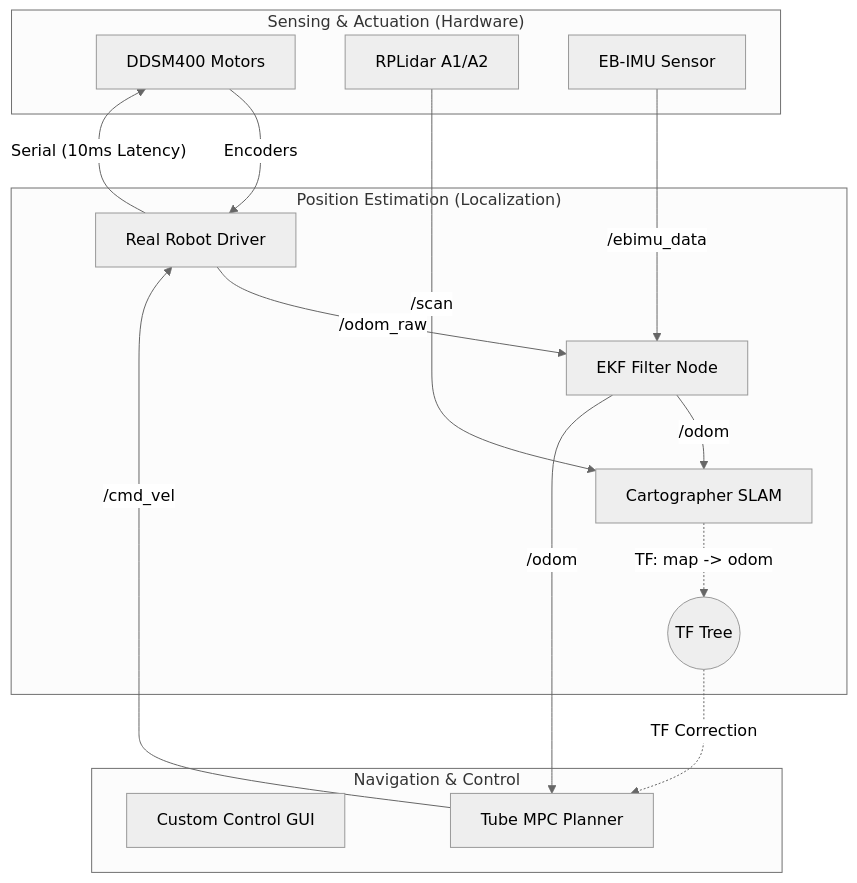
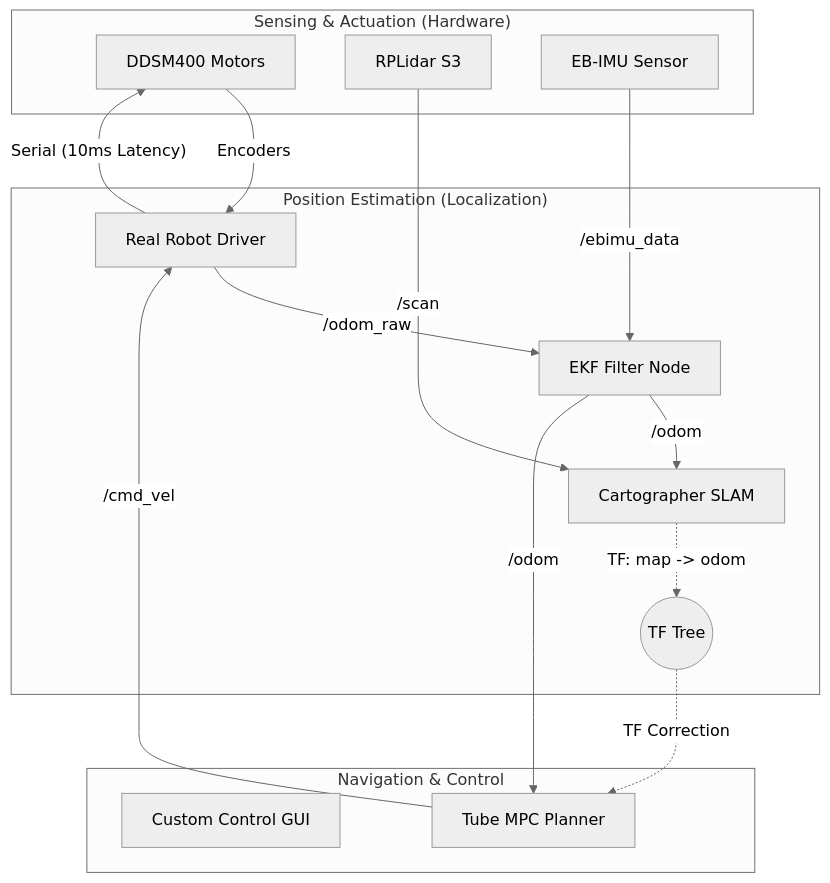
Before and after one commit to jungguck/mobile_robot_proto_type: the diagram in README.md, drawn with Mermaid (neutral theme). The commit also changed other lines of this file and 1 other file, not shown here.

````diff
--- a/README.md
+++ b/README.md
@@ -13,35 +12,33 @@
 ```mermaid
 graph TD
     subgraph "Sensing & Actuation (Hardware)"
         Motor[DDSM400 Motors]
-        Lidar[RPLidar A1/A2]
+        Lidar[RPLidar S3]
         IMU[EB-IMU Sensor]
     end
 
     subgraph "Position Estimation (Localization)"
         Driver[Real Robot Driver]
         EKF[EKF Filter Node]
         SLAM[Cartographer SLAM]
-        
+
         Motor -->|Encoders| Driver
         Driver -->|"/odom_raw"| EKF
         IMU -->|"/ebimu_data"| EKF
-        
-        %% SLAM Inputs: EKF provides initial guess to SLAM
+
         Lidar -->|"/scan"| SLAM
         EKF -->|"/odom"| SLAM
-        
-        %% SLAM Output: Global correction via TF
+
         SLAM -.->|"TF: map -> odom"| Global_Tree((TF Tree))
     end
 
     subgraph "Navigation & Control"
         GUI[Custom Control GUI]
         MPC[Tube MPC Planner]
-        
+
         EKF -->|"/odom"| MPC
         Global_Tree -.->|"TF Correction"| MPC
         MPC -->|"/cmd_vel"| Driver
         Driver -->|"Serial (10ms Latency)"| Motor
     end
 ```
````
